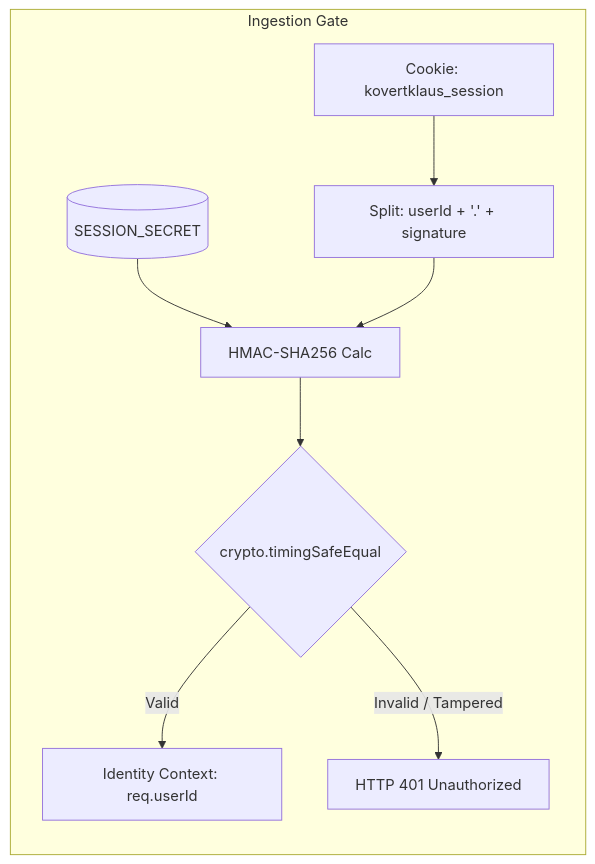
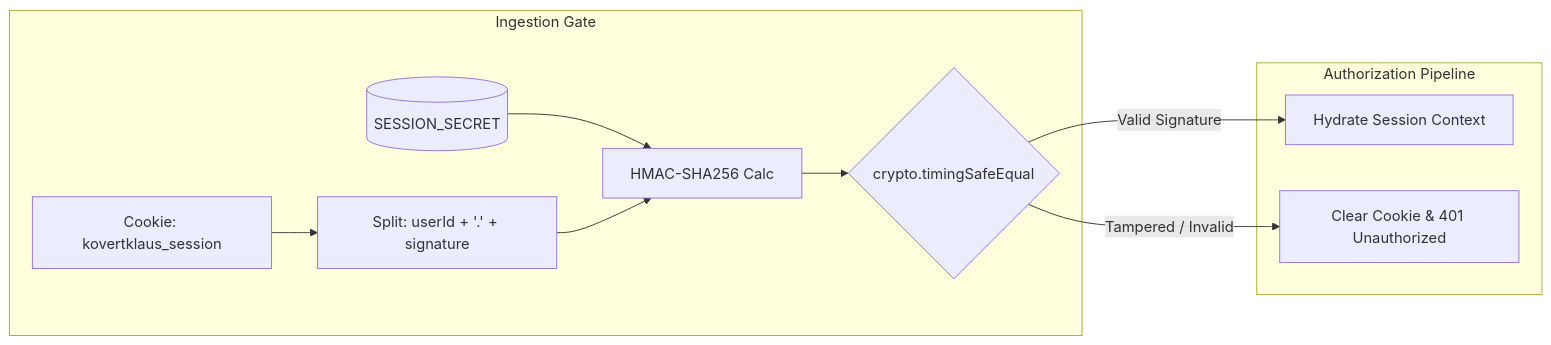
Before and after one commit to MrJSimpson/KovertKlaus: the third of 3 diagrams in docs/ARCHITECTURE.md, drawn with Mermaid. The commit also changed other lines of this file and 6 other files, not shown here.

````diff
--- a/docs/ARCHITECTURE.md
+++ b/docs/ARCHITECTURE.md
@@ -94,11 +89,14 @@
 ```mermaid
 flowchart LR
     subgraph Ingestion Gate
         Cookie[Cookie: kovertklaus_session] --> Split[Split: userId + '.' + signature]
         Secret[(SESSION_SECRET)] --> Calc[HMAC-SHA256 Calc]
         Split --> Calc
         Calc --> Comp{crypto.timingSafeEqual}
-        Comp -->|Valid| Allow[Identity Context: req.userId]
-        Comp -->|Invalid / Tampered| Deny[HTTP 401 Unauthorized]
+    end
+
+    subgraph Authorization Pipeline
+        Comp -->|Valid Signature| Hydrate[Hydrate Session Context]
+        Comp -->|Tampered / Invalid| Reject[Clear Cookie & 401 Unauthorized]
     end
 ```
````
